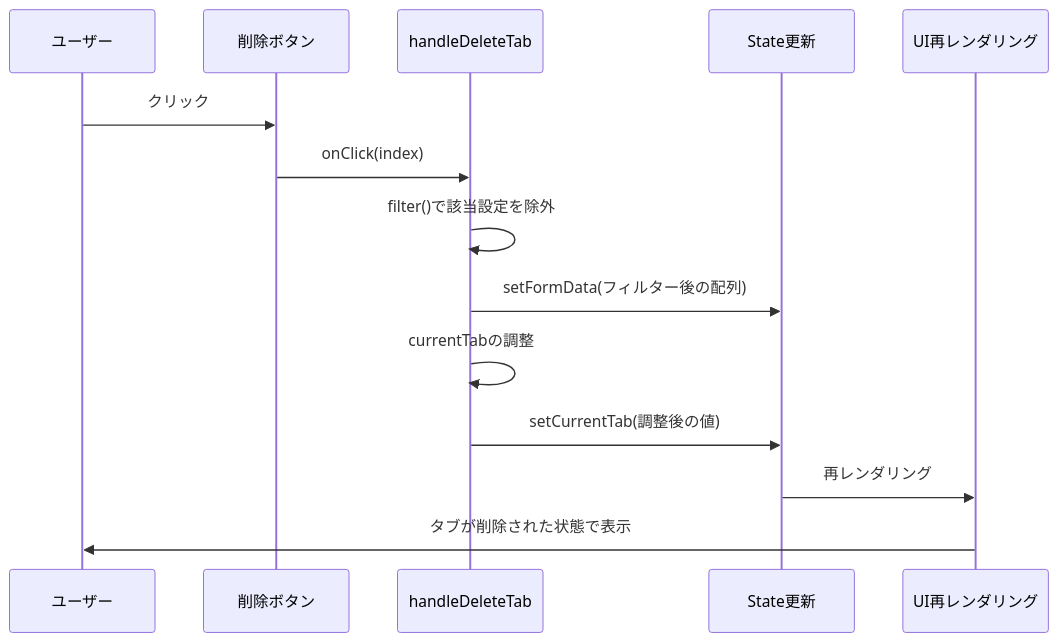
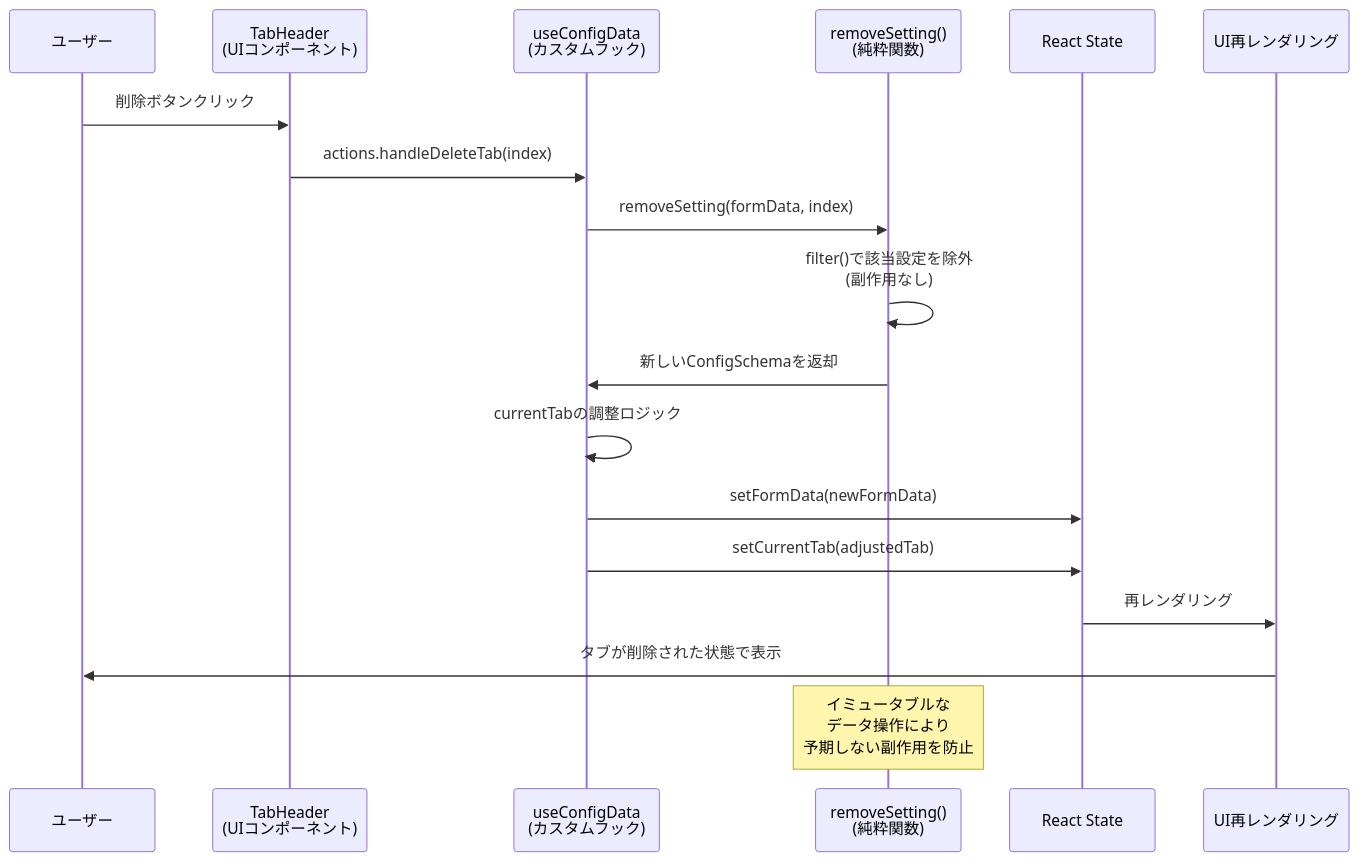
The third of 3 diagrams in docs/react-tabs-implementation.md (okayus/kintone-plugin-template), drawn with Mermaid before and after one commit. The commit also changed other lines of this file and 17 other files, not shown here.

First line of the commit message:
docs: update documentation to reflect refactored architecture

````diff
--- a/docs/react-tabs-implementation.md
+++ b/docs/react-tabs-implementation.md
@@ -101,17 +189,22 @@
 ```mermaid
 sequenceDiagram
     participant User as ユーザー
-    participant DelBtn as 削除ボタン
-    participant Handler as handleDeleteTab
-    participant State as State更新
+    participant TabHeader as TabHeader<br/>(UIコンポーネント)
+    participant Hook as useConfigData<br/>(カスタムフック)
+    participant Pure as removeSetting()<br/>(純粋関数)
+    participant State as React State
     participant UI as UI再レンダリング
     
-    User->>DelBtn: クリック
-    DelBtn->>Handler: onClick(index)
-    Handler->>Handler: filter()で該当設定を除外
-    Handler->>State: setFormData(フィルター後の配列)
-    Handler->>Handler: currentTabの調整
-    Handler->>State: setCurrentTab(調整後の値)
+    User->>TabHeader: 削除ボタンクリック
+    TabHeader->>Hook: actions.handleDeleteTab(index)
+    Hook->>Pure: removeSetting(formData, index)
+    Pure->>Pure: filter()で該当設定を除外<br/>(副作用なし)
+    Pure->>Hook: 新しいConfigSchemaを返却
+    Hook->>Hook: currentTabの調整ロジック
+    Hook->>State: setFormData(newFormData)
+    Hook->>State: setCurrentTab(adjustedTab)
     State->>UI: 再レンダリング
     UI->>User: タブが削除された状態で表示
+    
+    Note over Pure: イミュータブルな<br/>データ操作により<br/>予期しない副作用を防止
 ```
````
